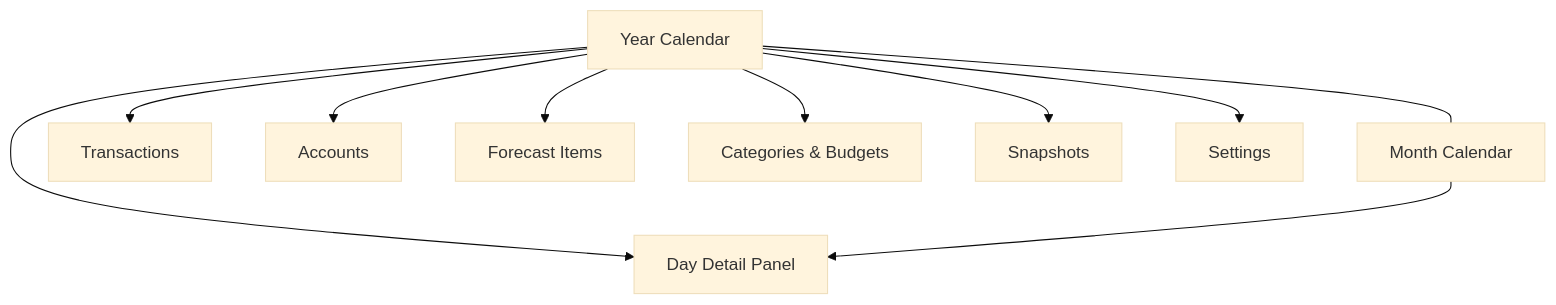
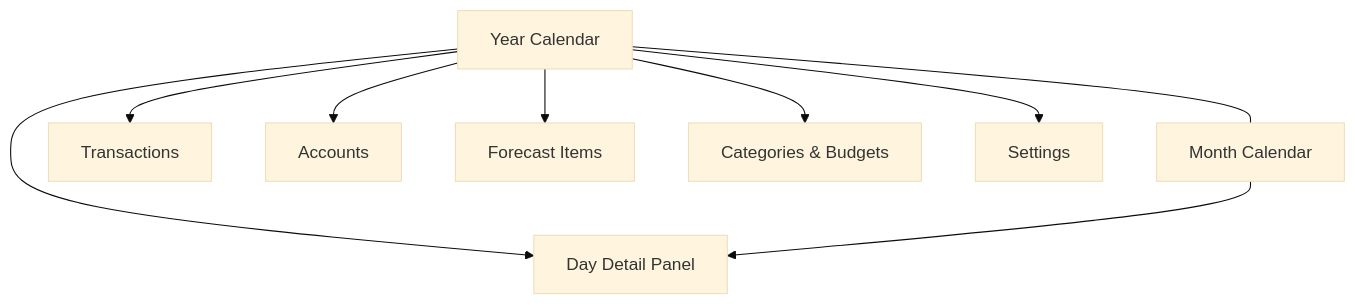
One commit to renancardo/cashflow changed the diagram in docs/specs/002-phase-1-scope.md. Above: the diagram before and after it, drawn with Mermaid (base theme). The commit also changed other lines of this file and 14 other files, not shown here.

````diff
--- a/docs/specs/002-phase-1-scope.md
+++ b/docs/specs/002-phase-1-scope.md
@@ -153,22 +150,20 @@
 ```mermaid
 flowchart TB
   YearCal["Year Calendar"]
   MonthCal["Month Calendar"]
   DayPanel["Day Detail Panel"]
   Txn["Transactions"]
   Acct["Accounts"]
   Forecast["Forecast Items"]
   Budgets["Categories & Budgets"]
-  Snap["Snapshots"]
   Settings["Settings"]
 
   YearCal --> DayPanel
   MonthCal --> DayPanel
   YearCal --- MonthCal
   YearCal --> Txn
   YearCal --> Acct
   YearCal --> Forecast
   YearCal --> Budgets
-  YearCal --> Snap
   YearCal --> Settings
 ```
````
